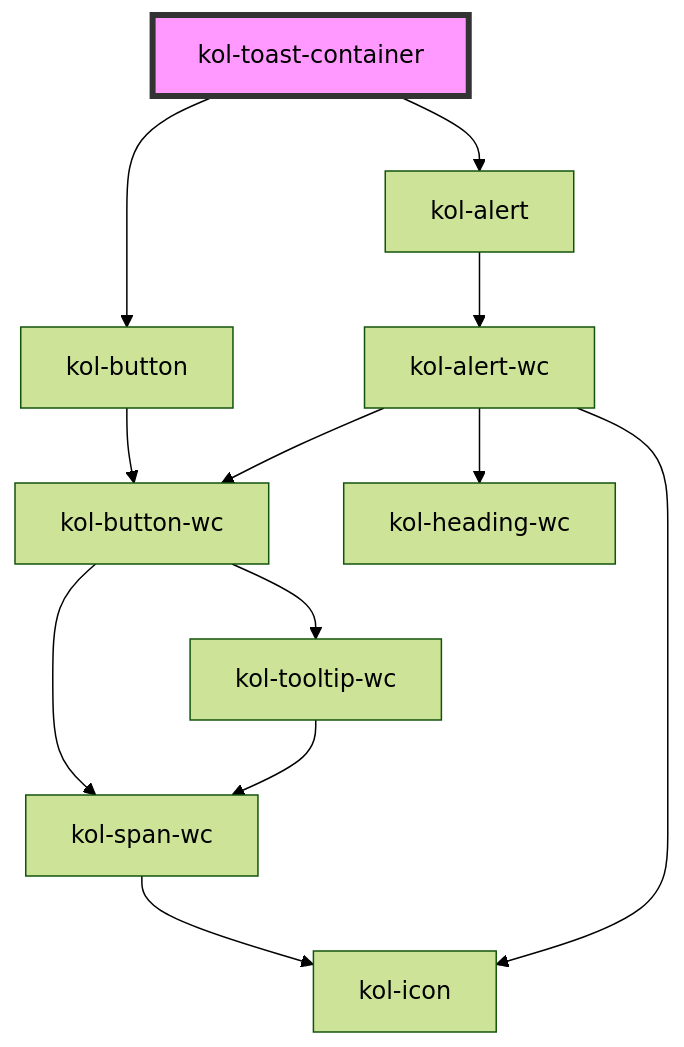
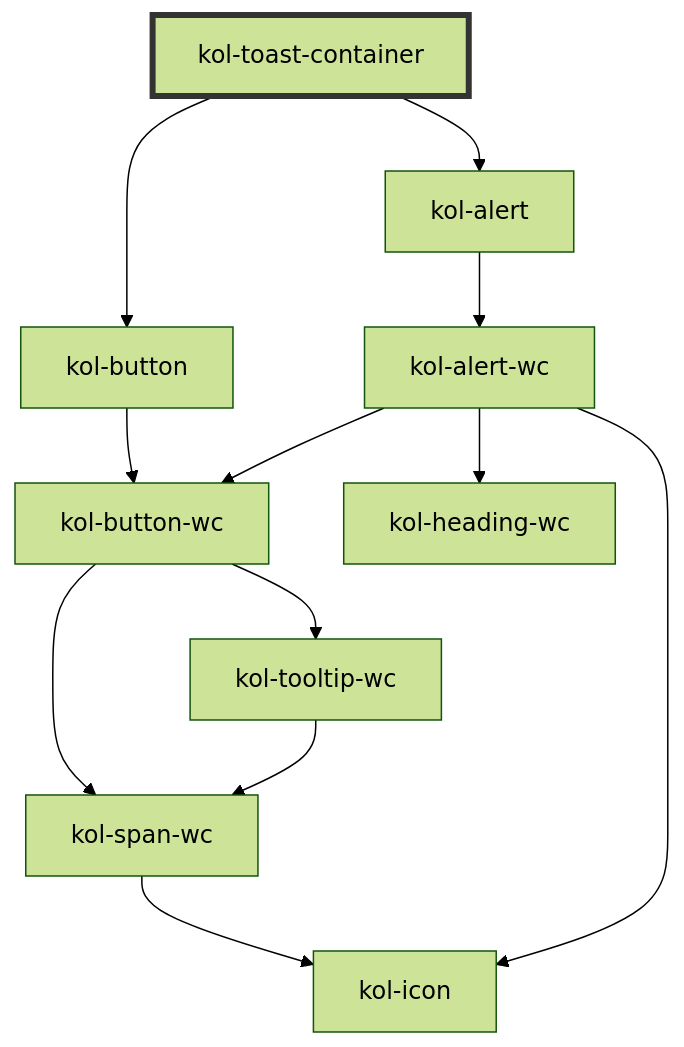
The diagram in packages/components/src/components/toaster/readme.md (public-ui/kolibri), drawn with Mermaid (forest theme) before and after one commit. The commit also changed 40 other files, not shown here.

````diff
--- a/packages/components/src/components/toaster/readme.md
+++ b/packages/components/src/components/toaster/readme.md
@@ -102,15 +102,15 @@
 ```mermaid
 graph TD;
   kol-toast-container --> kol-button
   kol-toast-container --> kol-alert
   kol-button --> kol-button-wc
   kol-button-wc --> kol-span-wc
   kol-button-wc --> kol-tooltip-wc
   kol-span-wc --> kol-icon
   kol-tooltip-wc --> kol-span-wc
   kol-alert --> kol-alert-wc
   kol-alert-wc --> kol-heading-wc
   kol-alert-wc --> kol-button-wc
   kol-alert-wc --> kol-icon
-  style kol-toast-container fill:#f9f,stroke:#333,stroke-width:4px
+  style kol-toast-container stroke:#333,stroke-width:4px
 ```
````
